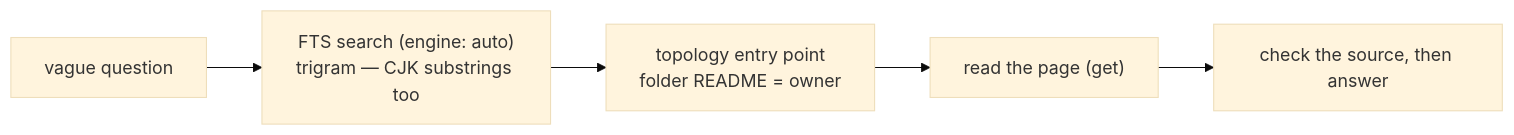
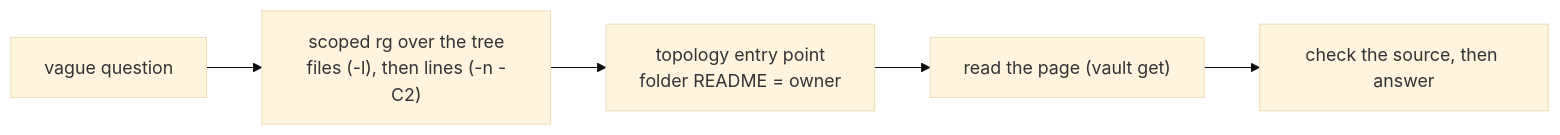
The fourth of 5 diagrams in docs/architecture.md (aldegad/kuma-vault), drawn with Mermaid (base theme) before and after one commit. The commit also changed other lines of this file and 130 other files, not shown here.

````diff
--- a/docs/architecture.md
+++ b/docs/architecture.md
@@ -157,7 +157,7 @@
 ```mermaid
 flowchart LR
-    Q["vague question"] --> F["FTS search (engine: auto)<br/>trigram — CJK substrings too"]
+    Q["vague question"] --> F["scoped rg over the tree<br/>files (-l), then lines (-n -C2)"]
     F --> R["topology entry point<br/>folder README = owner"]
-    R --> G["read the page (get)"]
+    R --> G["read the page (vault get)"]
     G --> V["check the source, then answer"]
 ```
````
